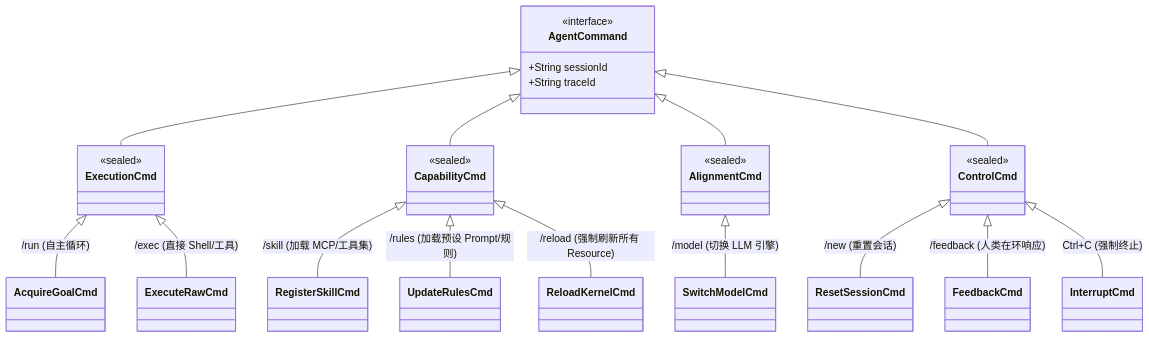
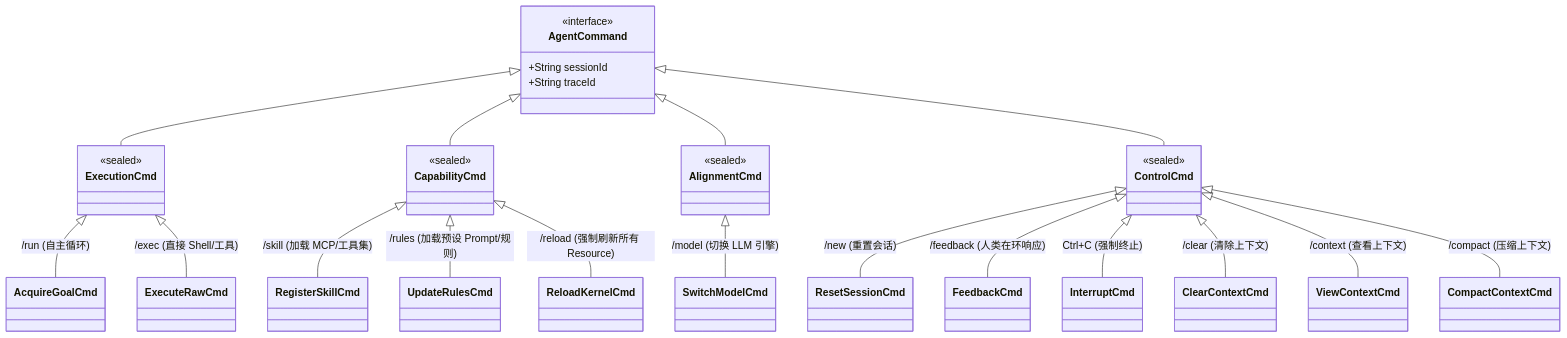
The first of 4 diagrams in docs/alice-agent-command/DESIGN.md (chaineasy-ai/alice-agent), drawn with Mermaid before and after one commit. The commit also changed other lines of this file and 8 other files, not shown here.

````diff
--- a/docs/alice-agent-command/DESIGN.md
+++ b/docs/alice-agent-command/DESIGN.md
@@ -5,42 +5,45 @@
 ```mermaid
 classDiagram
     class AgentCommand {
         <<interface>>
         +String sessionId
         +String traceId
     }
 
     %% 1. 任务驱动 (Execution) - 消耗 Token 的实际工作
     class ExecutionCmd {
         <<sealed>>
     }
     AgentCommand <|-- ExecutionCmd
     ExecutionCmd <|-- AcquireGoalCmd : /run (自主循环)
     ExecutionCmd <|-- ExecuteRawCmd : /exec (直接 Shell/工具)
 
     %% 2. 能力装载 (Capability) - 需要 Reload 的静态/动态资源
     class CapabilityCmd {
         <<sealed>>
     }
     AgentCommand <|-- CapabilityCmd
     CapabilityCmd <|-- RegisterSkillCmd : /skill (加载 MCP/工具集)
     CapabilityCmd <|-- UpdateRulesCmd : /rules (加载预设 Prompt/规则)
     CapabilityCmd <|-- ReloadKernelCmd : /reload (强制刷新所有 Resource)
 
     %% 3. 运行配置 (Alignment) - 调整内核参数
     class AlignmentCmd {
         <<sealed>>
     }
     AgentCommand <|-- AlignmentCmd
     AlignmentCmd <|-- SwitchModelCmd : /model (切换 LLM 引擎)
 
     %% 4. 控制与反馈 (Control) - 生命周期与 HITL
     class ControlCmd {
         <<sealed>>
     }
     AgentCommand <|-- ControlCmd
     ControlCmd <|-- ResetSessionCmd : /new (重置会话)
     ControlCmd <|-- FeedbackCmd : /feedback (人类在环响应)
     ControlCmd <|-- InterruptCmd : Ctrl+C (强制终止)
+    ControlCmd <|-- ClearContextCmd : /clear (清除上下文)
+    ControlCmd <|-- ViewContextCmd : /context (查看上下文)
+    ControlCmd <|-- CompactContextCmd : /compact (压缩上下文)
 
 ```
````
